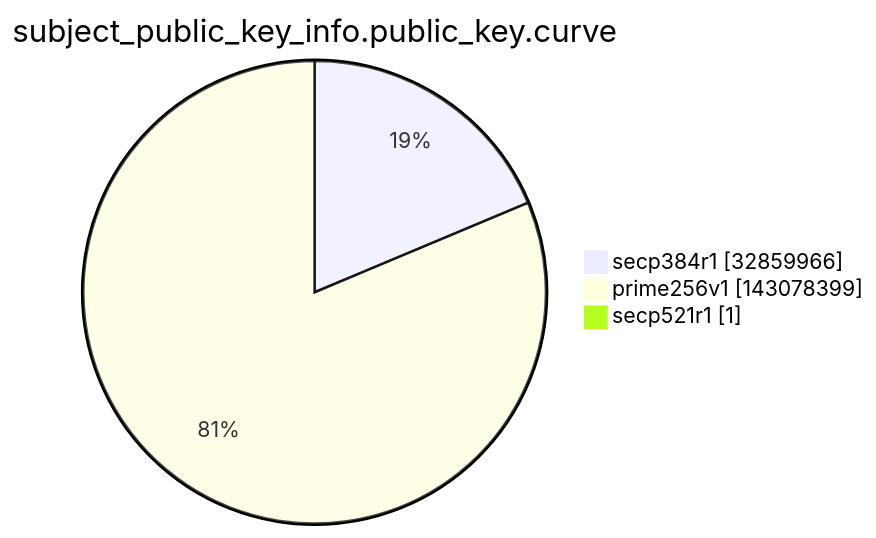
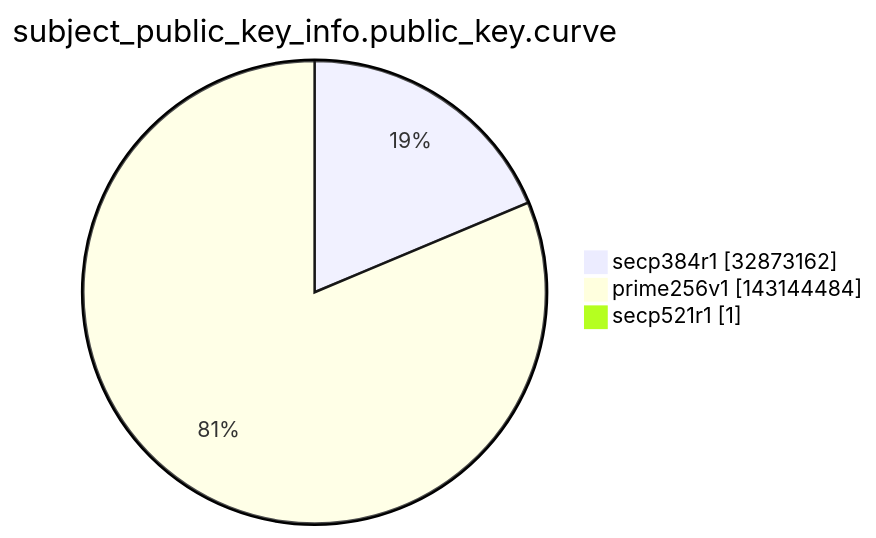
Before and after one commit to christiankrug/ctmonitor_visualization: the ninth of 15 diagrams in argon2022/README.md, drawn with Mermaid. The commit also changed other lines of this file, not shown here.

````diff
--- a/argon2022/README.md
+++ b/argon2022/README.md
@@ -2764,7 +2764,7 @@
 ```mermaid
 pie showData
 title subject_public_key_info.public_key.curve
-"secp384r1" :32859966
-"prime256v1" :143078399
+"secp384r1" :32873162
+"prime256v1" :143144484
 "secp521r1" :1
 ```
````
